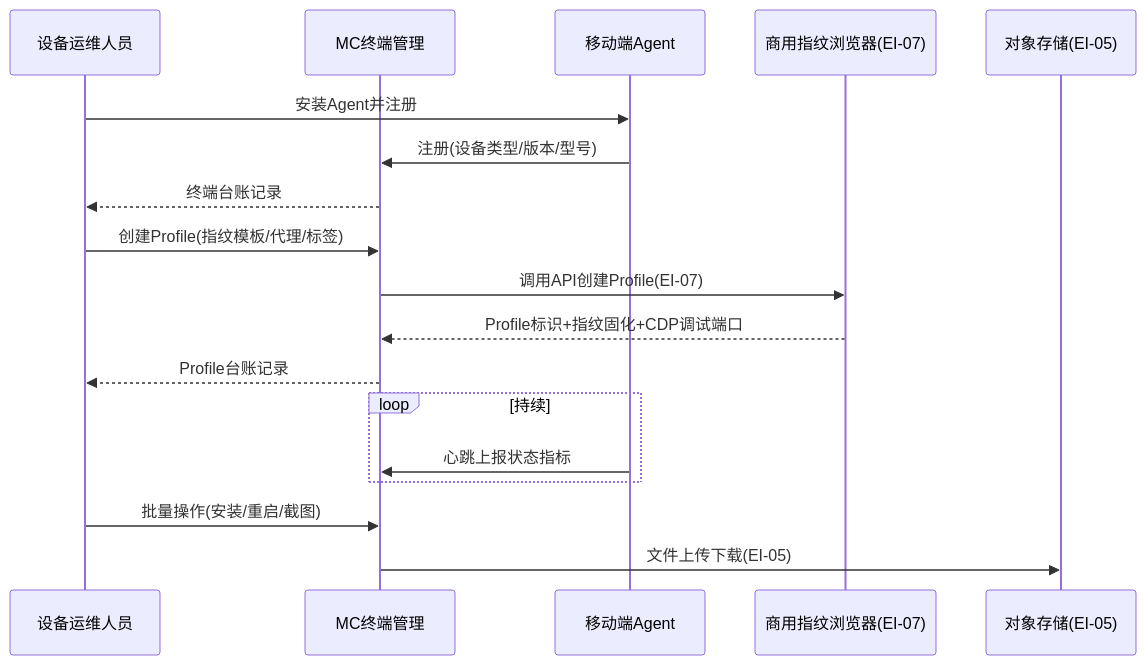
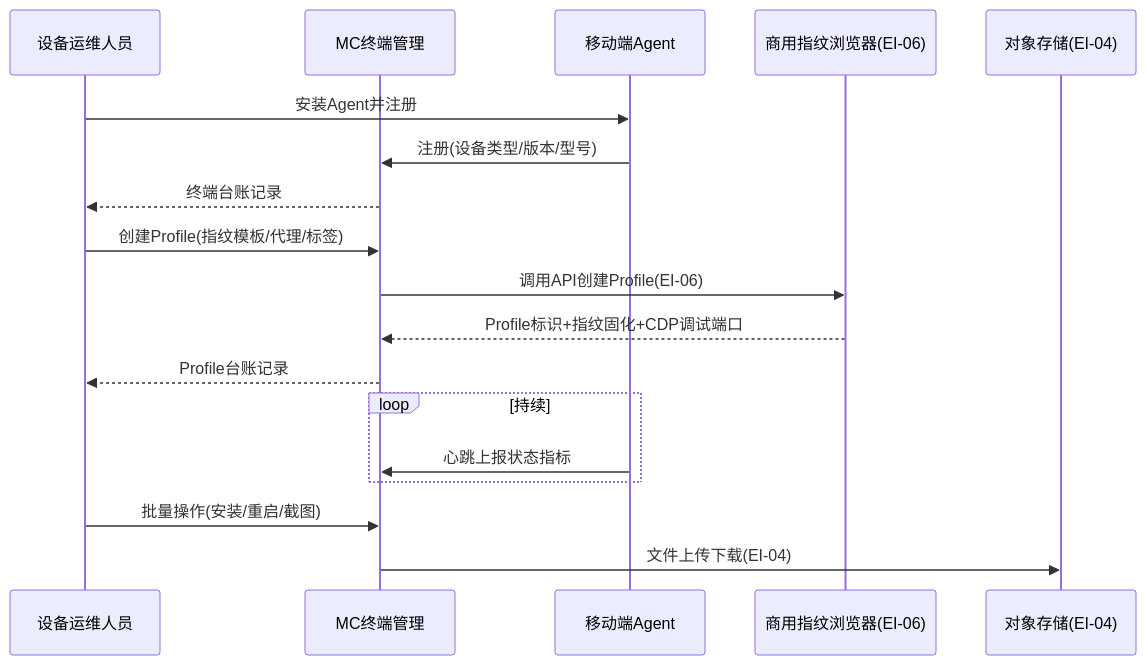
One commit to Sj-g/obsidian changed the tenth of 15 diagrams in 公司项目/认知作战/文档/软件需求规格说明.md. Above: the diagram before and after it, drawn with Mermaid. The commit also changed other lines of this file, not shown here.

````diff
--- a/公司项目/认知作战/文档/软件需求规格说明.md
+++ b/公司项目/认知作战/文档/软件需求规格说明.md
@@ -996,20 +996,20 @@
 ```mermaid
 sequenceDiagram
   participant 运维 as 设备运维人员
   participant MC as MC终端管理
   participant Agent as 移动端Agent
-  participant 商用 as 商用指纹浏览器(EI-07)
-  participant 对象 as 对象存储(EI-05)
+  participant 商用 as 商用指纹浏览器(EI-06)
+  participant 对象 as 对象存储(EI-04)
   运维->>Agent: 安装Agent并注册
   Agent->>MC: 注册(设备类型/版本/型号)
   MC-->>运维: 终端台账记录
   运维->>MC: 创建Profile(指纹模板/代理/标签)
-  MC->>商用: 调用API创建Profile(EI-07)
+  MC->>商用: 调用API创建Profile(EI-06)
   商用-->>MC: Profile标识+指纹固化+CDP调试端口
   MC-->>运维: Profile台账记录
   loop 持续
     Agent->>MC: 心跳上报状态指标
   end
   运维->>MC: 批量操作(安装/重启/截图)
-  MC->>对象: 文件上传下载(EI-05)
+  MC->>对象: 文件上传下载(EI-04)
 ```
````
